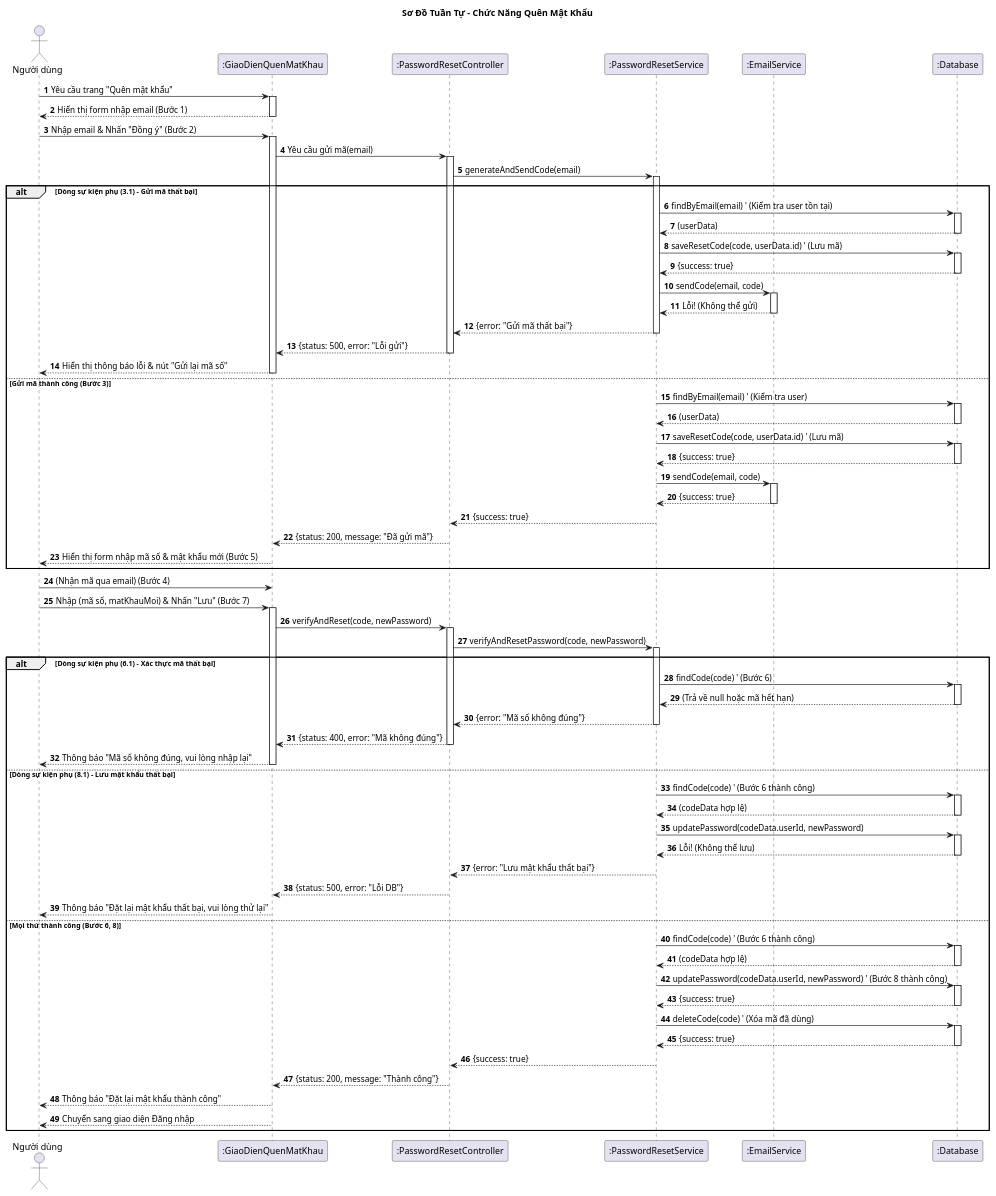
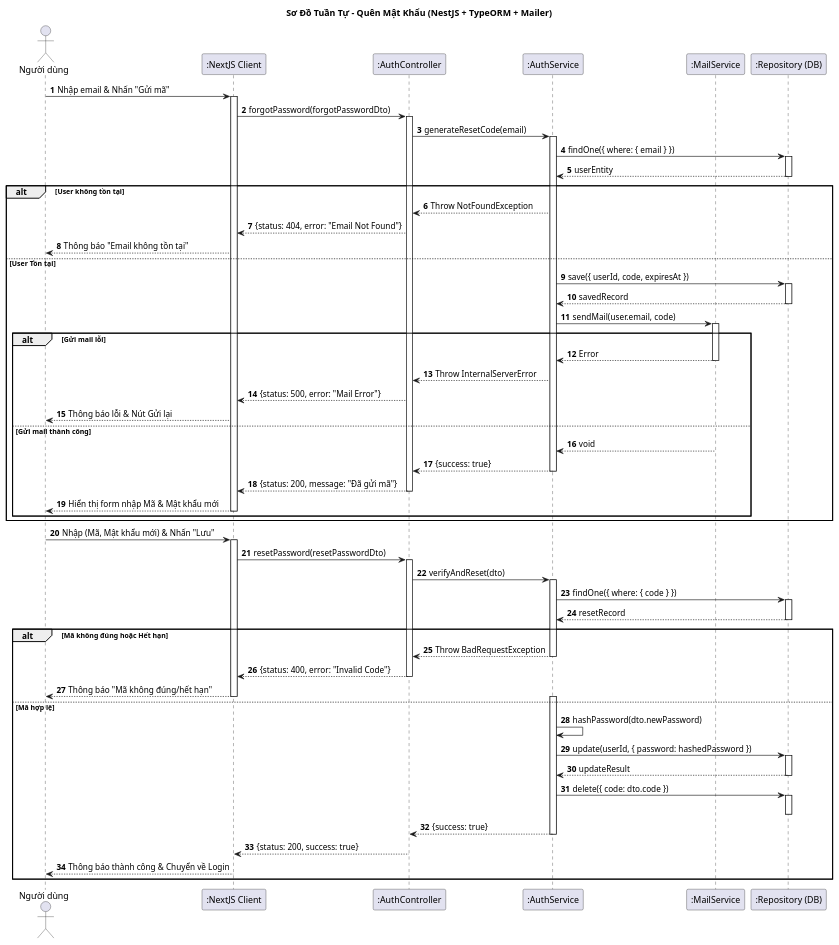
One commit to vinh047/soundwave changed the diagram in Diagrams/SequenceDiagram/ForgotPasswordSD.plantuml. Above: the diagram before and after it, drawn with PlantUML. The commit also changed 8 other files, not shown here.

Commit message:
Sửa lỗi chính tả trong đặc tả, sửa SD 4 cái tiếp theo, cập nhật CD theo SD

```diff
--- a/Diagrams/SequenceDiagram/ForgotPasswordSD.plantuml
+++ b/Diagrams/SequenceDiagram/ForgotPasswordSD.plantuml
@@ -1,142 +1,112 @@
-@startuml Sequence Diagram - Quên Mật Khẩu
+@startuml Sequence Diagram - Quên Mật Khẩu NestJS Corrected
 
-title Sơ Đồ Tuần Tự - Chức Năng Quên Mật Khẩu
+title Sơ Đồ Tuần Tự - Quên Mật Khẩu (NestJS + TypeORM + Mailer)
 
 actor "Người dùng" as User
-participant ":GiaoDienQuenMatKhau" as UI
-participant ":PasswordResetController" as Controller
-participant ":PasswordResetService" as Service
-participant ":EmailService" as EmailService
-participant ":Database" as DB
+participant ":NextJS Client" as UI
+participant ":AuthController" as Controller
+participant ":AuthService" as Service
+participant ":MailService" as Mailer
+participant ":Repository (DB)" as DB
 
 autonumber
 
-' === Dòng sự kiện chính (bước 1, 2): Nhập email ===
-User -> UI: Yêu cầu trang "Quên mật khẩu"
+' === GIAI ĐOẠN 1: YÊU CẦU MÃ ===
+User -> UI: Nhập email & Nhấn "Gửi mã"
 activate UI
-UI --> User: Hiển thị form nhập email (Bước 1)
-deactivate UI
+UI -> Controller: forgotPassword(forgotPasswordDto)
+activate Controller
 
-User -> UI: Nhập email & Nhấn "Đồng ý" (Bước 2)
-activate UI
-UI -> Controller: Yêu cầu gửi mã(email)
-activate Controller
-Controller -> Service: generateAndSendCode(email)
+' Validate DTO tự động tại Controller (ValidationPipe)
+Controller -> Service: generateResetCode(email)
 activate Service
 
-' === Dòng sự kiện (bước 3) & Dòng sự kiện phụ (3.1) ===
-alt Dòng sự kiện phụ (3.1) - Gửi mã thất bại
-    Service -> DB: findByEmail(email) ' (Kiểm tra user tồn tại)
+' --- Bước 1.1: Kiểm tra User & Lưu mã ---
+Service -> DB: findOne({ where: { email } })
+activate DB
+DB --> Service: userEntity
+deactivate DB
+
+alt User không tồn tại
+    ' Trường hợp này báo lỗi rõ ràng để User biết nhập lại
+    Service --> Controller: Throw NotFoundException
+    
+    Controller --> UI: {status: 404, error: "Email Not Found"}
+    
+    UI --> User: Thông báo "Email không tồn tại"
+    
+else User Tồn tại
+    ' Lưu mã vào DB
+    Service -> DB: save({ userId, code, expiresAt })
     activate DB
-    DB --> Service: (userData)
+    DB --> Service: savedRecord
     deactivate DB
-    Service -> DB: saveResetCode(code, userData.id) ' (Lưu mã)
+
+    ' --- Bước 1.2: Gửi Email ---
+    Service -> Mailer: sendMail(user.email, code)
+    activate Mailer
+    
+    alt Gửi mail lỗi
+        Mailer --> Service: Error
+        deactivate Mailer
+        Service --> Controller: Throw InternalServerError
+        Controller --> UI: {status: 500, error: "Mail Error"}
+        UI --> User: Thông báo lỗi & Nút Gửi lại
+    else Gửi mail thành công
+        Mailer --> Service: void
+        deactivate Mailer
+        Service --> Controller: {success: true}
+        deactivate Service
+        Controller --> UI: {status: 200, message: "Đã gửi mã"}
+        deactivate Controller
+        UI --> User: Hiển thị form nhập Mã & Mật khẩu mới
+        deactivate UI
+    end
+end
+
+' === GIAI ĐOẠN 2: ĐẶT LẠI MẬT KHẨU (Giữ nguyên như cũ) ===
+' ... (Phần dưới của bạn đã đúng rồi) ...
+User -> UI: Nhập (Mã, Mật khẩu mới) & Nhấn "Lưu"
+activate UI
+
+UI -> Controller: resetPassword(resetPasswordDto)
+activate Controller
+Controller -> Service: verifyAndReset(dto)
+activate Service
+
+Service -> DB: findOne({ where: { code } })
+activate DB
+DB --> Service: resetRecord
+deactivate DB
+
+alt Mã không đúng hoặc Hết hạn
+    Service --> Controller: Throw BadRequestException
+    deactivate Service
+    Controller --> UI: {status: 400, error: "Invalid Code"}
+    deactivate Controller
+    UI --> User: Thông báo "Mã không đúng/hết hạn"
+    deactivate UI
+
+else Mã hợp lệ
+    activate Service
+    Service -> Service: hashPassword(dto.newPassword)
+    
+    Service -> DB: update(userId, { password: hashedPassword })
     activate DB
-    DB --> Service: {success: true}
+    DB --> Service: updateResult
     deactivate DB
     
-    Service -> EmailService: sendCode(email, code)
-    activate EmailService
-    EmailService --> Service: Lỗi! (Không thể gửi)
-    deactivate EmailService
-    Service --> Controller: {error: "Gửi mã thất bại"}
-    deactivate Service
-    Controller --> UI: {status: 500, error: "Lỗi gửi"}
-    deactivate Controller
-    
-    UI --> User: Hiển thị thông báo lỗi & nút "Gửi lại mã số"
-    deactivate UI
-
-else Gửi mã thành công (Bước 3)
-    Service -> DB: findByEmail(email) ' (Kiểm tra user)
+    Service -> DB: delete({ code: dto.code })
     activate DB
-    DB --> Service: (userData)
-    deactivate DB
-    Service -> DB: saveResetCode(code, userData.id) ' (Lưu mã)
-    activate DB
-    DB --> Service: {success: true}
-    deactivate DB
-    
-    Service -> EmailService: sendCode(email, code)
-    activate EmailService
-    EmailService --> Service: {success: true}
-    deactivate EmailService
-    
-    Service --> Controller: {success: true}
-    deactivate Service
-    Controller --> UI: {status: 200, message: "Đã gửi mã"}
-    deactivate Controller
-    
-    UI --> User: Hiển thị form nhập mã số & mật khẩu mới (Bước 5)
-    deactivate UI
-end
-
-' === Dòng sự kiện chính (bước 4, 7): Nhập mã và mật khẩu mới ===
-User -> UI: (Nhận mã qua email) (Bước 4)
-User -> UI: Nhập (mã số, matKhauMoi) & Nhấn "Lưu" (Bước 7)
-activate UI
-UI -> Controller: verifyAndReset(code, newPassword)
-activate Controller
-Controller -> Service: verifyAndResetPassword(code, newPassword)
-activate Service
-
-' === Dòng sự kiện (bước 6, 8) & Dòng sự kiện phụ (6.1, 8.1) ===
-alt Dòng sự kiện phụ (6.1) - Xác thực mã thất bại
-    Service -> DB: findCode(code) ' (Bước 6)
-    activate DB
-    DB --> Service: (Trả về null hoặc mã hết hạn)
-    deactivate DB
-    Service --> Controller: {error: "Mã số không đúng"}
-    deactivate Service
-    Controller --> UI: {status: 400, error: "Mã không đúng"}
-    deactivate Controller
-    
-    UI --> User: Thông báo "Mã số không đúng, vui lòng nhập lại"
-    deactivate UI
-
-else Dòng sự kiện phụ (8.1) - Lưu mật khẩu thất bại
-    Service -> DB: findCode(code) ' (Bước 6 thành công)
-    activate DB
-    DB --> Service: (codeData hợp lệ)
-    deactivate DB
-    
-    ' (Bước 8: Lưu mật khẩu mới)
-    Service -> DB: updatePassword(codeData.userId, newPassword)
-    activate DB
-    DB --> Service: Lỗi! (Không thể lưu)
-    deactivate DB
-    Service --> Controller: {error: "Lưu mật khẩu thất bại"}
-    deactivate Service
-    Controller --> UI: {status: 500, error: "Lỗi DB"}
-    deactivate Controller
-    
-    UI --> User: Thông báo "Đặt lại mật khẩu thất bại, vui lòng thử lại"
-    deactivate UI
-    
-else Mọi thứ thành công (Bước 6, 8)
-    Service -> DB: findCode(code) ' (Bước 6 thành công)
-    activate DB
-    DB --> Service: (codeData hợp lệ)
-    deactivate DB
-    
-    Service -> DB: updatePassword(codeData.userId, newPassword) ' (Bước 8 thành công)
-    activate DB
-    DB --> Service: {success: true}
-    deactivate DB
-    
-    Service -> DB: deleteCode(code) ' (Xóa mã đã dùng)
-    activate DB
-    DB --> Service: {success: true}
     deactivate DB
     
     Service --> Controller: {success: true}
     deactivate Service
-    Controller --> UI: {status: 200, message: "Thành công"}
+    
+    Controller --> UI: {status: 200, success: true}
     deactivate Controller
     
-    ' === Dòng sự kiện chính (bước 9): Chuyển giao diện ===
-    UI --> User: Thông báo "Đặt lại mật khẩu thành công"
-    UI --> User: Chuyển sang giao diện Đăng nhập
+    UI --> User: Thông báo thành công & Chuyển về Login
     deactivate UI
 end
 @enduml
```
